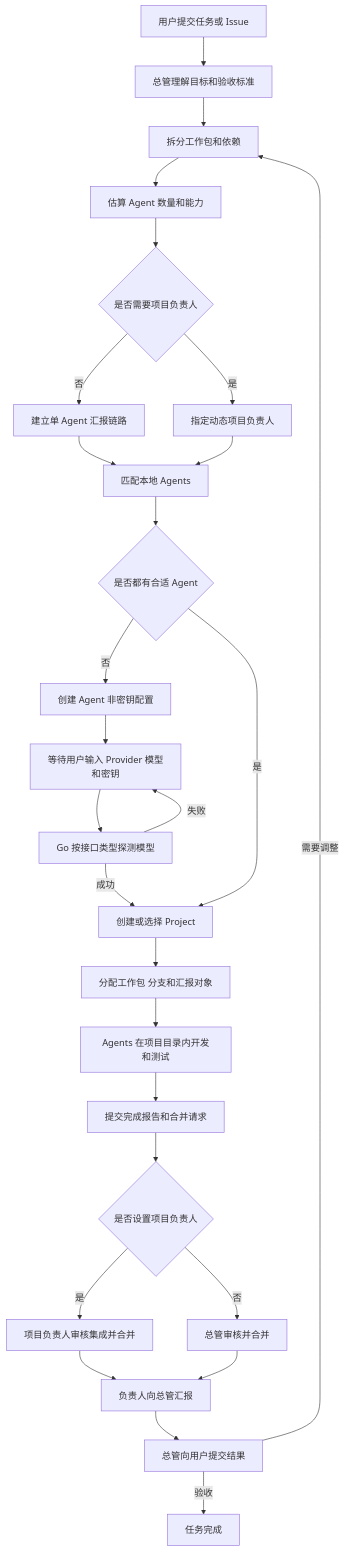
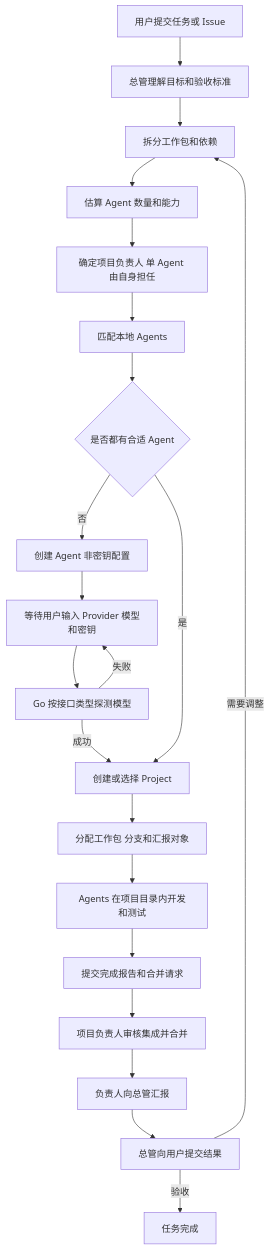
The first of 3 diagrams in wanxiangAgent.md (firesky594/wanxiang), drawn with Mermaid before and after one commit. The commit also changed other lines of this file, not shown here.

````diff
--- a/wanxiangAgent.md
+++ b/wanxiangAgent.md
@@ -238,29 +245,23 @@
 ```mermaid
 flowchart TD
     U[用户提交任务或 Issue] --> M[总管理解目标和验收标准]
     M --> S[拆分工作包和依赖]
     S --> N[估算 Agent 数量和能力]
-    N --> L{是否需要项目负责人}
-    L -->|否| Solo[建立单 Agent 汇报链路]
-    L -->|是| Lead[指定动态项目负责人]
-    Solo --> Match[匹配本地 Agents]
-    Lead --> Match
+    N --> Lead[确定项目负责人 单 Agent 由自身担任]
+    Lead --> Match[匹配本地 Agents]
     Match --> Found{是否都有合适 Agent}
     Found -->|否| Create[创建 Agent 非密钥配置]
     Create --> Wait[等待用户输入 Provider 模型和密钥]
     Wait --> Probe[Go 按接口类型探测模型]
     Probe -->|失败| Wait
     Probe -->|成功| Project[创建或选择 Project]
     Found -->|是| Project
     Project --> Assign[分配工作包 分支和汇报对象]
     Assign --> Work[Agents 在项目目录内开发和测试]
     Work --> Report[提交完成报告和合并请求]
-    Report --> Review{是否设置项目负责人}
-    Review -->|否| ManagerReview[总管审核并合并]
-    Review -->|是| LeadReview[项目负责人审核集成并合并]
+    Report --> LeadReview[项目负责人审核集成并合并]
     LeadReview --> Summary[负责人向总管汇报]
-    ManagerReview --> Summary
     Summary --> UserReview[总管向用户提交结果]
     UserReview -->|需要调整| S
     UserReview -->|验收| Done[任务完成]
 ```
````
